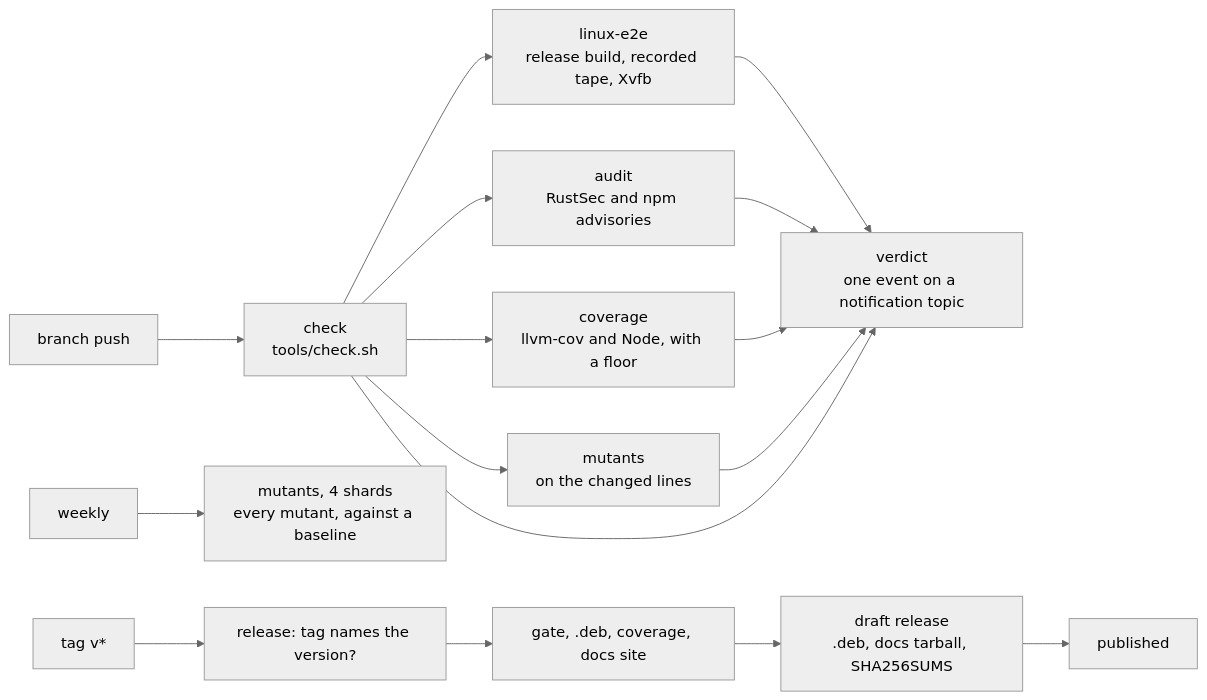
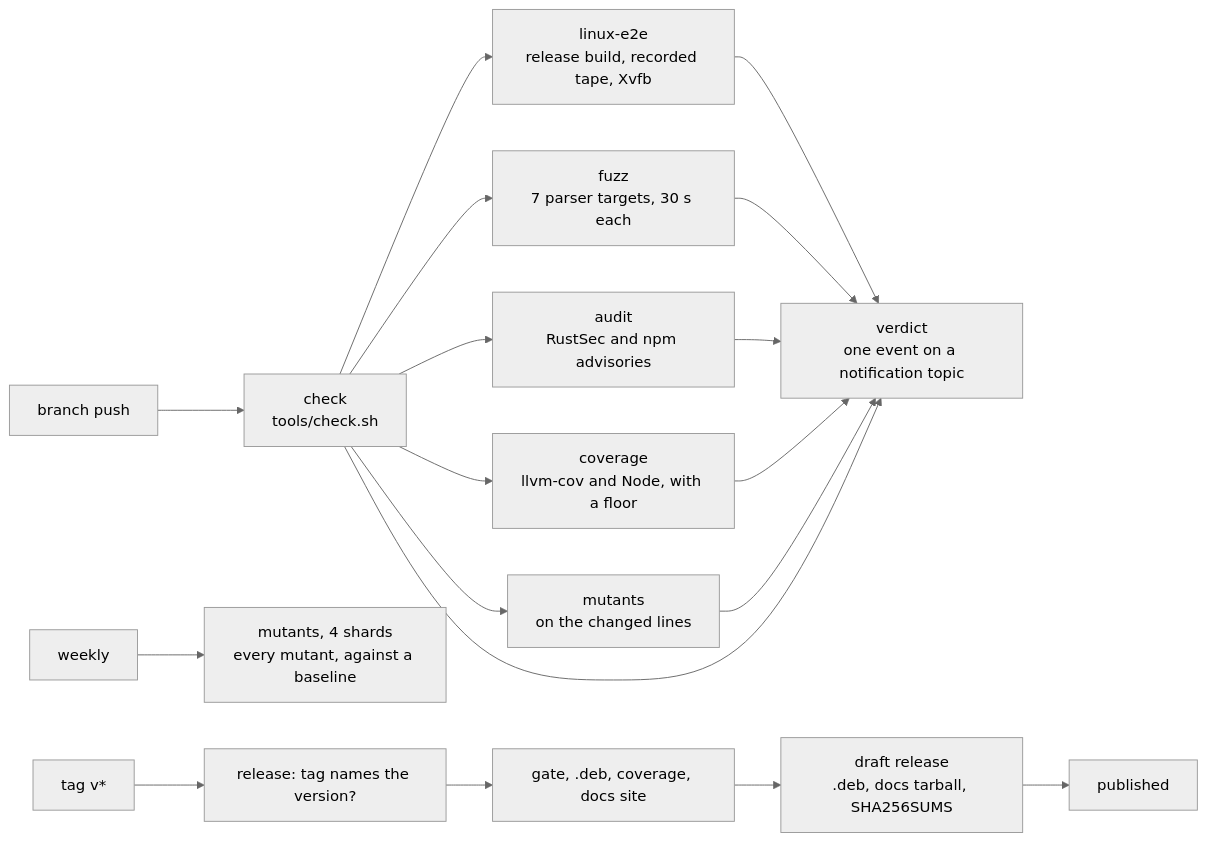
The diagram in book/src/testing.md (jake-king/maps-tauri), drawn with Mermaid (neutral theme) before and after one commit. The commit also changed other lines of this file and 20 other files, not shown here.

````diff
--- a/book/src/testing.md
+++ b/book/src/testing.md
@@ -114,18 +141,20 @@
 ```mermaid
 flowchart LR
   push["branch push"] --> check["check<br/>tools/check.sh"]
   check --> e2e["linux-e2e<br/>release build, recorded tape, Xvfb"]
   check --> cov["coverage<br/>llvm-cov and Node, with a floor"]
   e2e --> verdict["verdict<br/>one event on a notification topic"]
   check --> mut["mutants<br/>on the changed lines"]
   check --> audit["audit<br/>RustSec and npm advisories"]
+  check --> fuzz["fuzz<br/>7 parser targets, 30 s each"]
+  fuzz --> verdict
   audit --> verdict
   cov --> verdict
   mut --> verdict
   check --> verdict
   week["weekly"] --> mfull["mutants, 4 shards<br/>every mutant, against a baseline"]
   tag["tag v*"] --> vcheck["release: tag names the version?"]
   vcheck --> rgate["gate, .deb, coverage, docs site"]
   rgate --> draft["draft release<br/>.deb, docs tarball, SHA256SUMS"]
   draft --> pub["published"]
 ```
````
